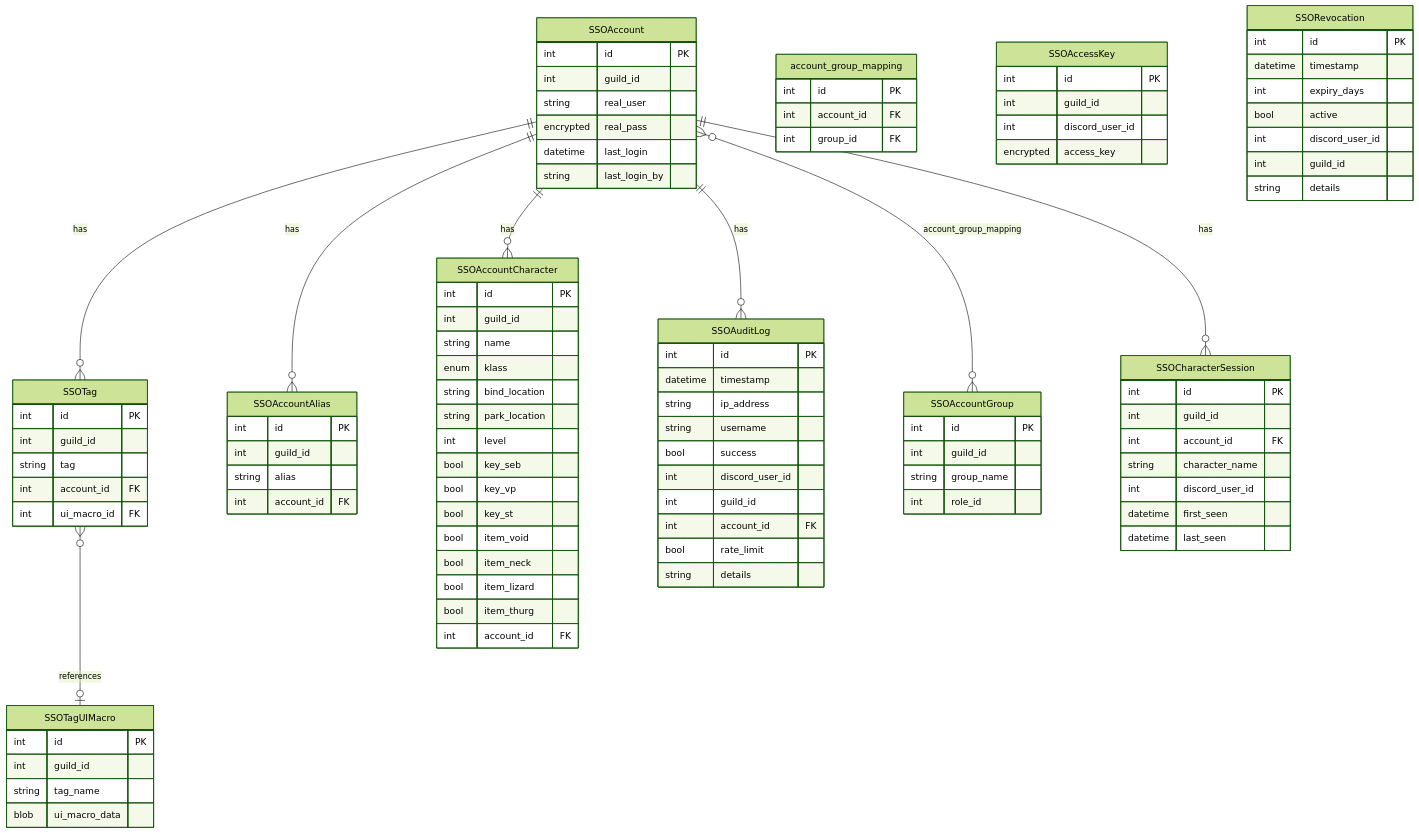
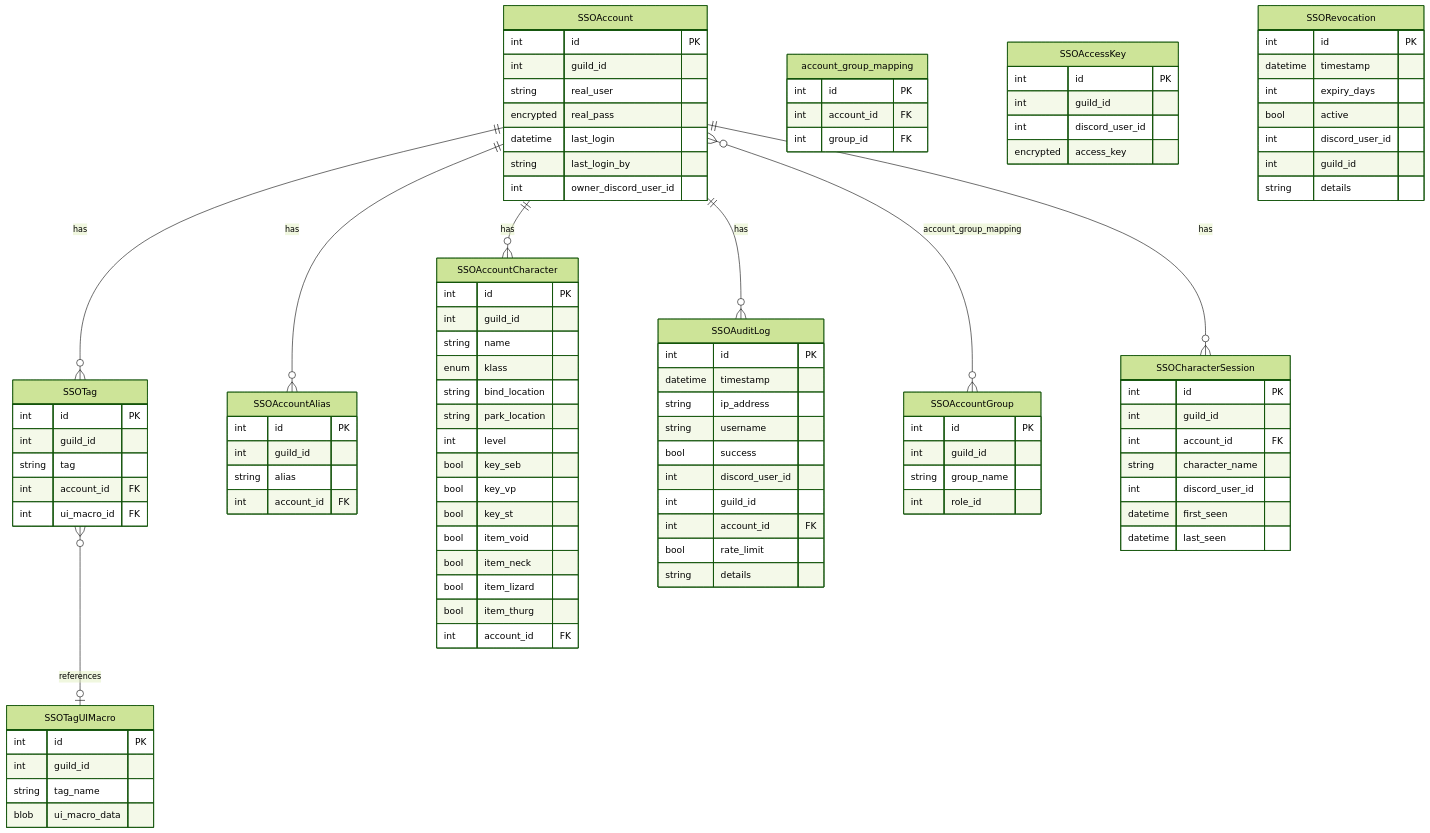
One commit to eq-p99-tools/roboToald changed the diagram in erd/sso_schema.md. Above: the diagram before and after it, drawn with Mermaid (forest theme). The commit also changed other lines of this file and 9 other files, not shown here.

```diff
--- a/erd/sso_schema.md
+++ b/erd/sso_schema.md
@@ -23,6 +23,7 @@
         encrypted real_pass
         datetime last_login
         string last_login_by
+        int owner_discord_user_id
     }
 
     SSOAccountGroup {
```
